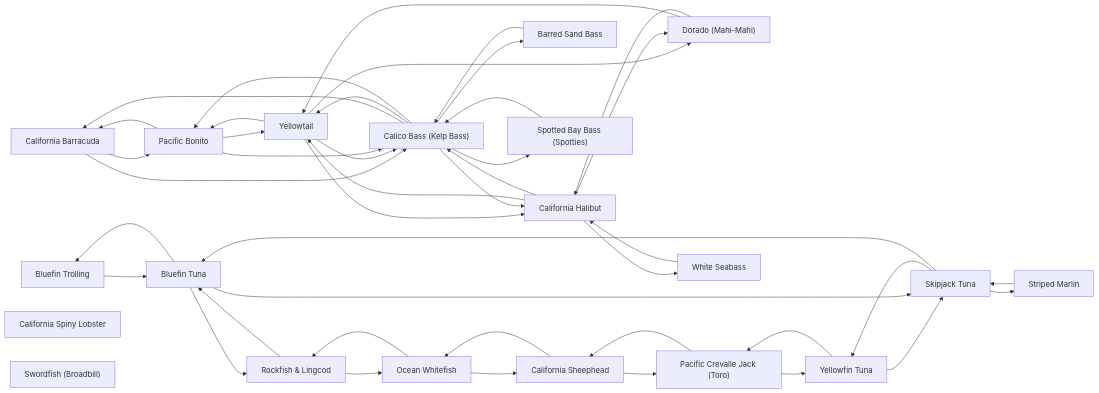
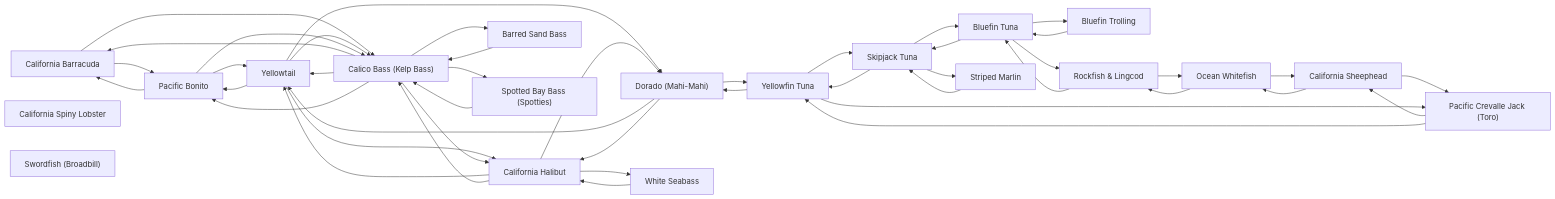
One commit to camchuckpete-max/Socal-Fishing-Knowledge changed the diagram in species/README.md. Above: the diagram before and after it, drawn with Mermaid. The commit also changed 5 other files, not shown here.

````diff
--- a/species/README.md
+++ b/species/README.md
@@ -33,65 +33,67 @@
 ```mermaid
 graph LR
   n0["California Barracuda"]
   n1["Bluefin Trolling"]
   n2["Bluefin Tuna"]
   n3["Pacific Bonito"]
   n4["Calico Bass (Kelp Bass)"]
   n5["California Halibut"]
   n6["California Spiny Lobster"]
   n7["Dorado (Mahi-Mahi)"]
   n8["Ocean Whitefish"]
   n9["Pacific Crevalle Jack (Toro)"]
   n10["Rockfish & Lingcod"]
   n11["Barred Sand Bass"]
   n12["California Sheephead"]
   n13["Skipjack Tuna"]
   n14["Spotted Bay Bass (Spotties)"]
   n15["Striped Marlin"]
   n16["Swordfish (Broadbill)"]
   n17["White Seabass"]
   n18["Yellowfin Tuna"]
   n19["Yellowtail"]
   n0 --> n3
   n0 --> n4
   n1 --> n2
   n10 --> n2
   n10 --> n8
   n11 --> n4
   n12 --> n8
   n12 --> n9
   n13 --> n15
   n13 --> n18
   n13 --> n2
   n14 --> n4
   n15 --> n13
   n17 --> n5
   n18 --> n13
+  n18 --> n7
   n18 --> n9
   n19 --> n3
   n19 --> n4
   n19 --> n5
   n19 --> n7
   n2 --> n1
   n2 --> n10
   n2 --> n13
   n3 --> n0
   n3 --> n19
   n3 --> n4
   n4 --> n0
   n4 --> n11
   n4 --> n14
   n4 --> n19
   n4 --> n3
   n4 --> n5
   n5 --> n17
   n5 --> n19
   n5 --> n4
   n5 --> n7
+  n7 --> n18
   n7 --> n19
   n7 --> n5
   n8 --> n10
   n8 --> n12
   n9 --> n12
   n9 --> n18
 ```
````
